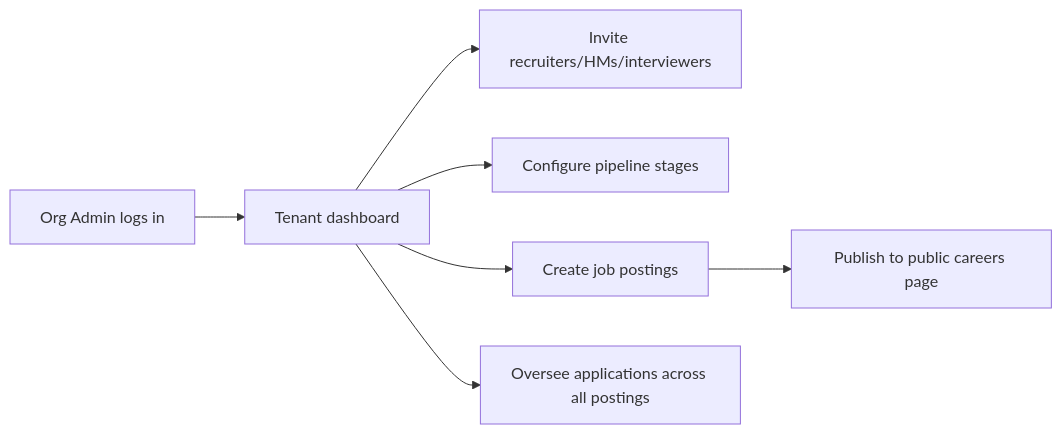
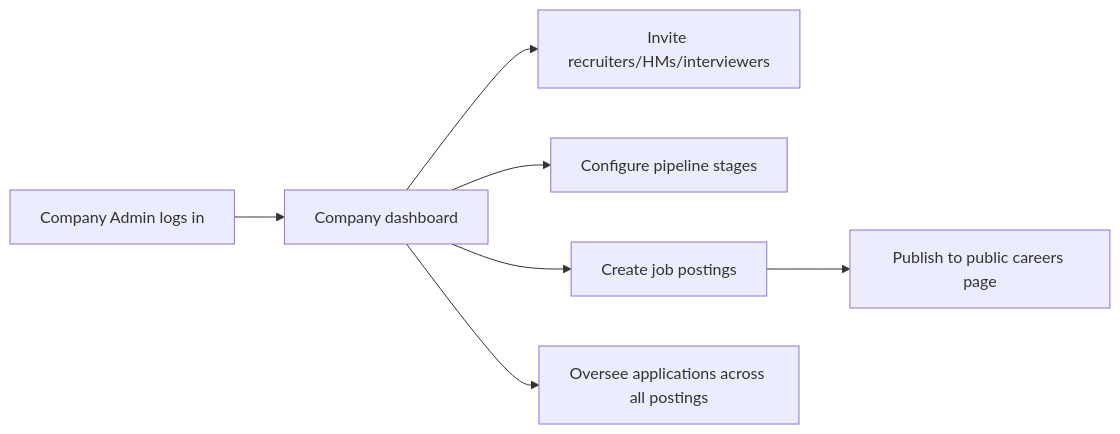
The second of 6 diagrams in docs/06_ROLE_INTERACTIONS.md (RedDotz20/talentpipe-crm), drawn with Mermaid before and after one commit. The commit also changed other lines of this file and 158 other files, not shown here.

````diff
--- a/docs/06_ROLE_INTERACTIONS.md
+++ b/docs/06_ROLE_INTERACTIONS.md
@@ -56,9 +56,9 @@
 ```mermaid
 flowchart LR
-  A[Org Admin logs in] --> B[Tenant dashboard]
+  A[Company Admin logs in] --> B[Company dashboard]
   B --> C[Invite recruiters/HMs/interviewers]
   B --> D[Configure pipeline stages]
   B --> E[Create job postings]
   E --> F[Publish to public careers page]
   B --> G[Oversee applications across all postings]
 ```
````
